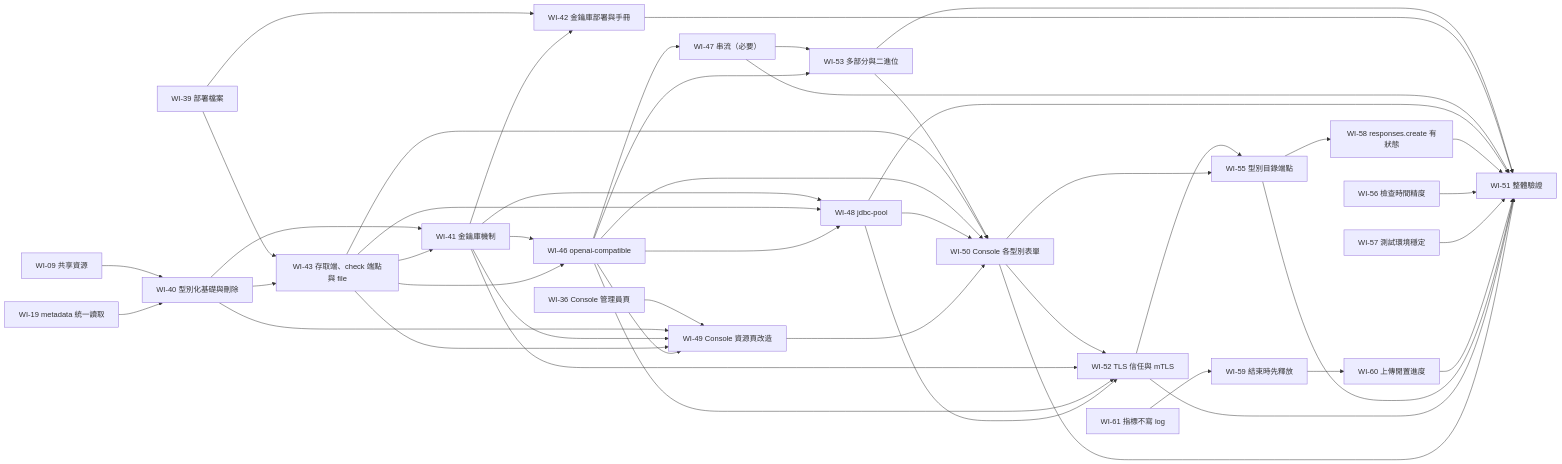
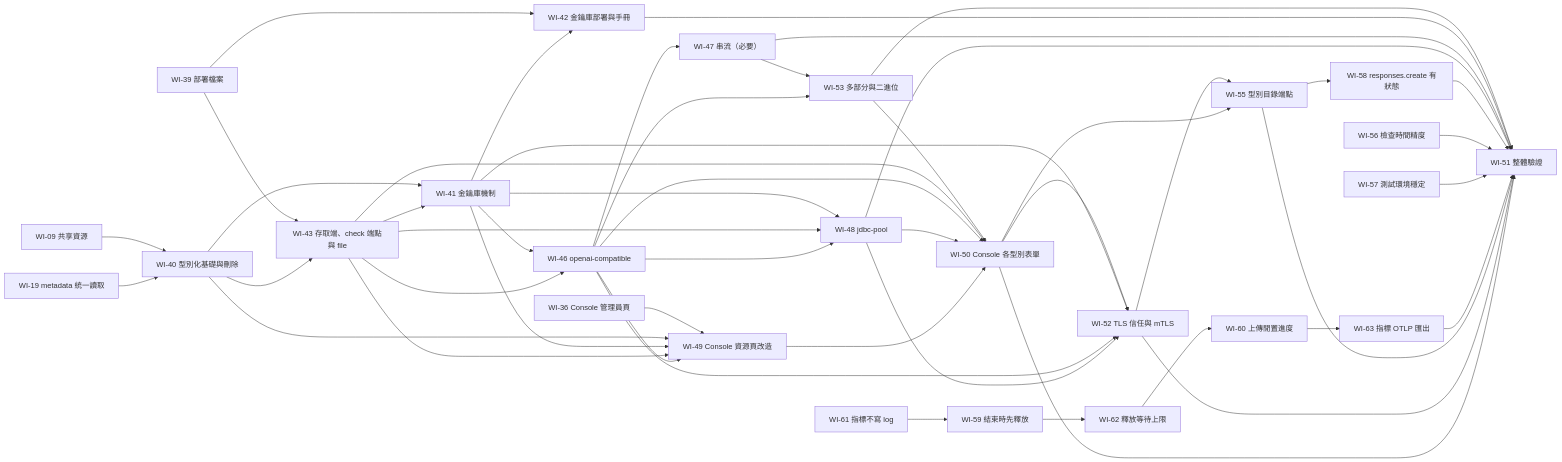
Before and after one commit to lanyitin/runline: the diagram in docs/stable/pipeline-engine/work-items/README.md, drawn with Mermaid. The commit also changed other lines of this file and 8 other files, not shown here.

````diff
--- a/docs/stable/pipeline-engine/work-items/README.md
+++ b/docs/stable/pipeline-engine/work-items/README.md
@@ -82,49 +84,51 @@
 ```mermaid
 flowchart LR
   WI09[WI-09 共享資源] --> WI40[WI-40 型別化基礎與刪除]
   WI19[WI-19 metadata 統一讀取] --> WI40
   WI39[WI-39 部署檔案] --> WI43[WI-43 存取端、check 端點與 file]
   WI40 --> WI43
   WI40 --> WI41
   WI43 --> WI41[WI-41 金鑰庫機制]
   WI39 --> WI42[WI-42 金鑰庫部署與手冊]
   WI41 --> WI42
   WI41 --> WI46[WI-46 openai-compatible]
   WI43 --> WI46
   WI46 --> WI47[WI-47 串流（必要）]
   WI47 --> WI53[WI-53 多部分與二進位]
   WI46 --> WI53
   WI53 --> WI50
   WI53 --> WI51
   WI41 --> WI48[WI-48 jdbc-pool]
   WI43 --> WI48
   WI46 --> WI48
   WI36[WI-36 Console 管理員頁] --> WI49[WI-49 Console 資源頁改造]
   WI40 --> WI49
   WI41 --> WI49
   WI43 --> WI49
   WI46 --> WI49
   WI43 --> WI50[WI-50 Console 各型別表單]
   WI46 --> WI50
   WI48 --> WI50
   WI49 --> WI50
   WI42 --> WI51[WI-51 整體驗證]
   WI47 --> WI51
   WI48 --> WI51
   WI50 --> WI52[WI-52 TLS 信任與 mTLS]
   WI41 --> WI52
   WI46 --> WI52
   WI48 --> WI52
   WI52 --> WI55[WI-55 型別目錄端點]
   WI50 --> WI55
   WI55 --> WI58[WI-58 responses.create 有狀態]
   WI58 --> WI51
   WI56[WI-56 檢查時間精度] --> WI51
   WI57[WI-57 測試環境穩定] --> WI51
   WI61[WI-61 指標不寫 log] --> WI59[WI-59 結束時先釋放]
-  WI59 --> WI60[WI-60 上傳閒置進度]
-  WI60 --> WI51
+  WI59 --> WI62[WI-62 釋放等待上限]
+  WI62 --> WI60[WI-60 上傳閒置進度]
+  WI60 --> WI63[WI-63 指標 OTLP 匯出]
+  WI63 --> WI51
   WI55 --> WI51
   WI52 --> WI51
   WI50 --> WI51
 ```
````
